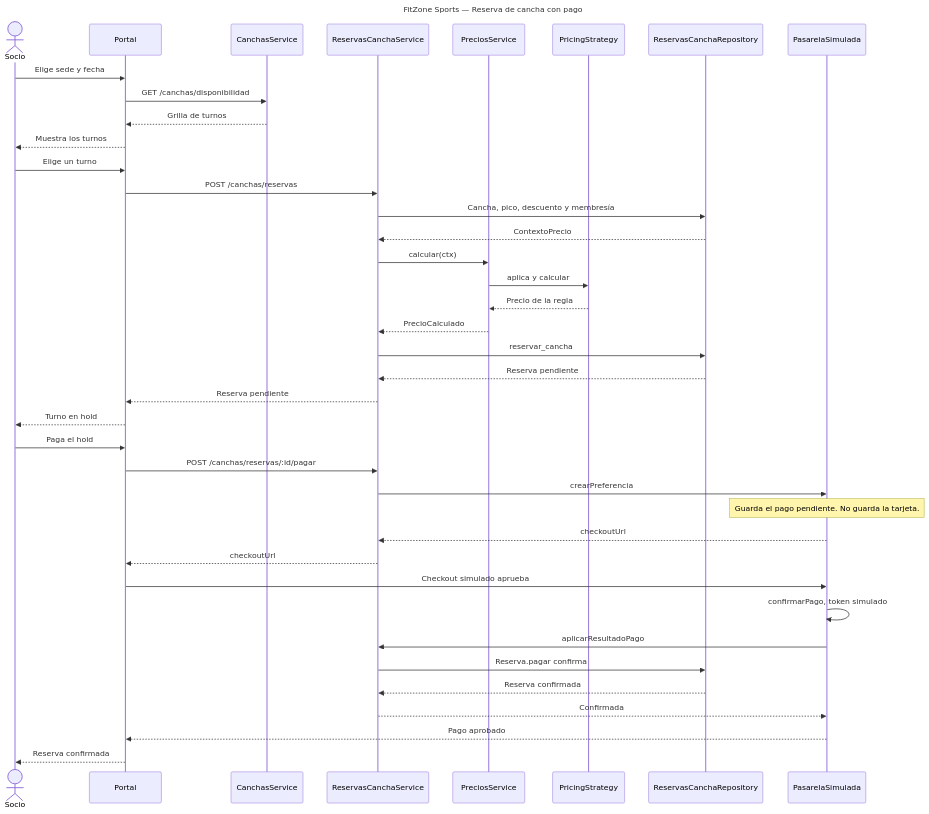
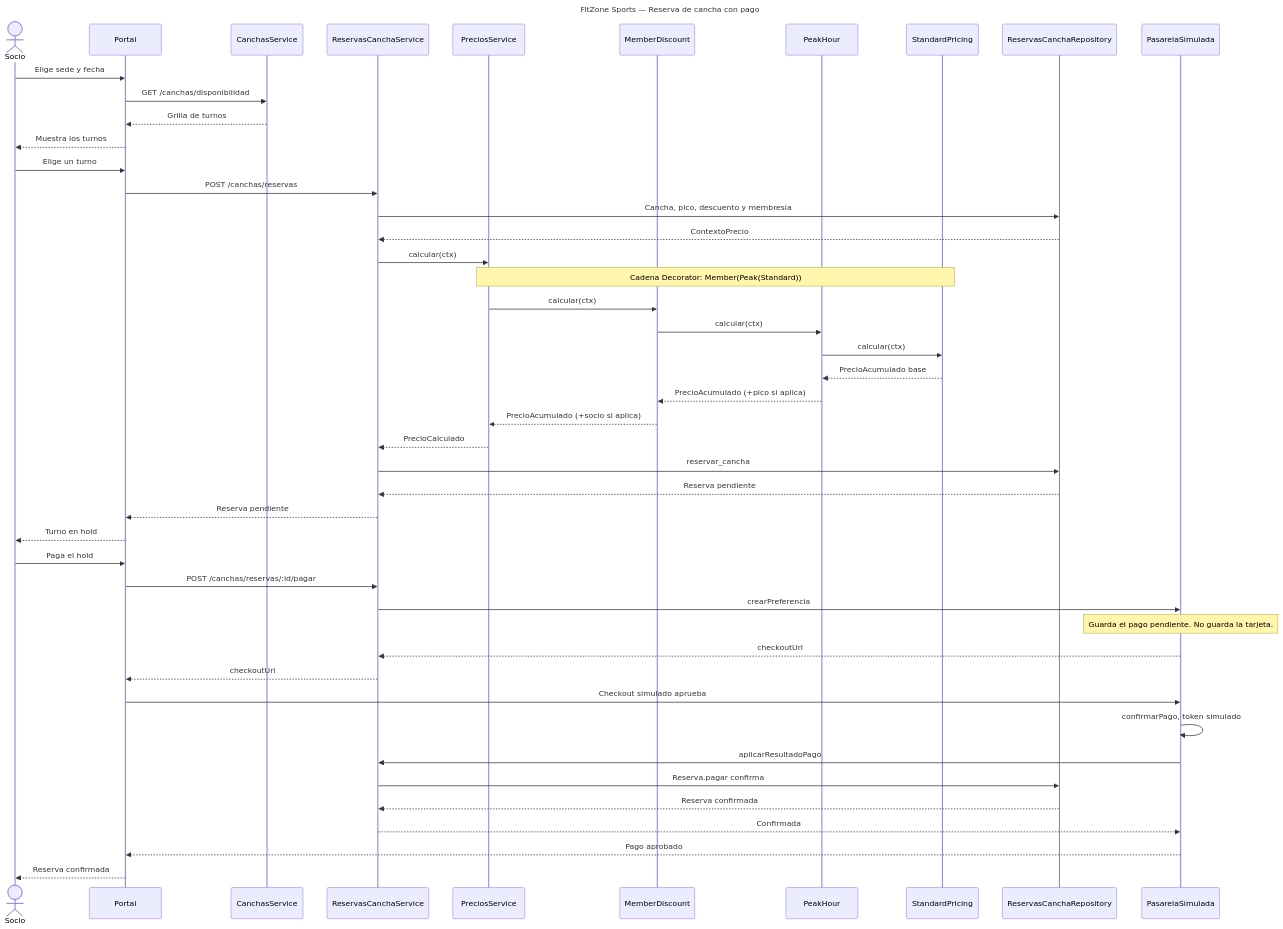
The diagram in docs/diagramas/fuentes/sec-reserva-pago.mmd (PatricioRamos04032000/FitZoneSports), drawn with Mermaid before and after one commit. The commit also changed 3 other files, not shown here.

First line of the commit message:
C-28.4: actualiza secuencia y C4-3 de precios a Decorator.

```diff
--- a/docs/diagramas/fuentes/sec-reserva-pago.mmd
+++ b/docs/diagramas/fuentes/sec-reserva-pago.mmd
@@ -1,50 +1,58 @@
 sequenceDiagram
     title FitZone Sports — Reserva de cancha con pago
     actor Socio
     participant Portal
     participant Canchas as CanchasService
     participant Reservas as ReservasCanchaService
     participant Precios as PreciosService
-    participant Estrategia as PricingStrategy
+    participant Member as MemberDiscount
+    participant Peak as PeakHour
+    participant Standard as StandardPricing
     participant Repo as ReservasCanchaRepository
     participant Pasarela as PasarelaSimulada
 
     Socio->>Portal: Elige sede y fecha
     Portal->>Canchas: GET /canchas/disponibilidad
     Canchas-->>Portal: Grilla de turnos
     Portal-->>Socio: Muestra los turnos
 
     Socio->>Portal: Elige un turno
     Portal->>Reservas: POST /canchas/reservas
     Reservas->>Repo: Cancha, pico, descuento y membresía
     Repo-->>Reservas: ContextoPrecio
     Reservas->>Precios: calcular(ctx)
-    Precios->>Estrategia: aplica y calcular
-    Estrategia-->>Precios: Precio de la regla
+    Note over Precios,Standard: Cadena Decorator: Member(Peak(Standard))
+    Precios->>Member: calcular(ctx)
+    Member->>Peak: calcular(ctx)
+    Peak->>Standard: calcular(ctx)
+    Standard-->>Peak: PrecioAcumulado base
+    Peak-->>Member: PrecioAcumulado (+pico si aplica)
+    Member-->>Precios: PrecioAcumulado (+socio si aplica)
     Precios-->>Reservas: PrecioCalculado
     Reservas->>Repo: reservar_cancha
     Repo-->>Reservas: Reserva pendiente
     Reservas-->>Portal: Reserva pendiente
     Portal-->>Socio: Turno en hold
 
     Socio->>Portal: Paga el hold
     Portal->>Reservas: POST /canchas/reservas/:id/pagar
     Reservas->>Pasarela: crearPreferencia
     Note over Pasarela: Guarda el pago pendiente. No guarda la tarjeta.
     Pasarela-->>Reservas: checkoutUrl
     Reservas-->>Portal: checkoutUrl
     Portal->>Pasarela: Checkout simulado aprueba
     Pasarela->>Pasarela: confirmarPago, token simulado
     Pasarela->>Reservas: aplicarResultadoPago
     Reservas->>Repo: Reserva.pagar confirma
     Repo-->>Reservas: Reserva confirmada
     Reservas-->>Pasarela: Confirmada
     Pasarela-->>Portal: Pago aprobado
     Portal-->>Socio: Reserva confirmada
 
 %% Secuencia — Reserva de cancha con pago — FitZone Sports
 %% Autor: Patricio Ramos
-%% Fecha: 2026-11-10
-%% Versión: 1.0
+%% Fecha: 2026-11-13
+%% Versión: 2.0 (C-28 Decorator)
 %% La pasarela es simulada. No hay Mercado Pago ni comprobante PDF.
 %% El cierre es la fila de pagos aprobada, con token, y la reserva confirmada.
+%% Precios: delegación hacia adentro Member → Peak → Standard.
```
